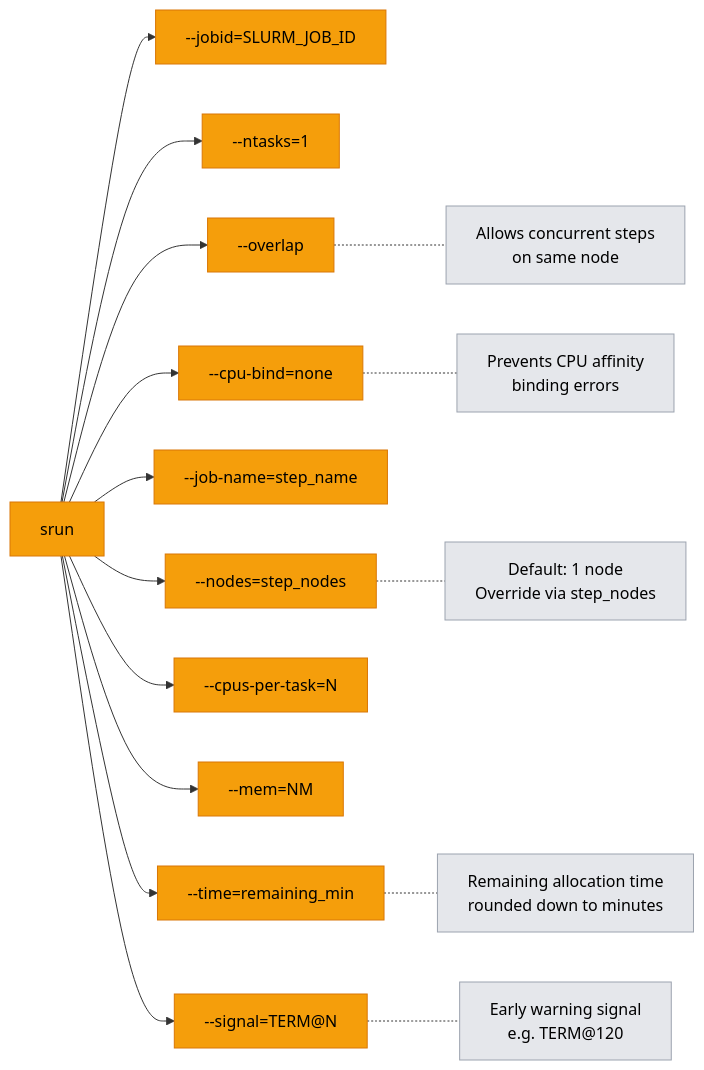
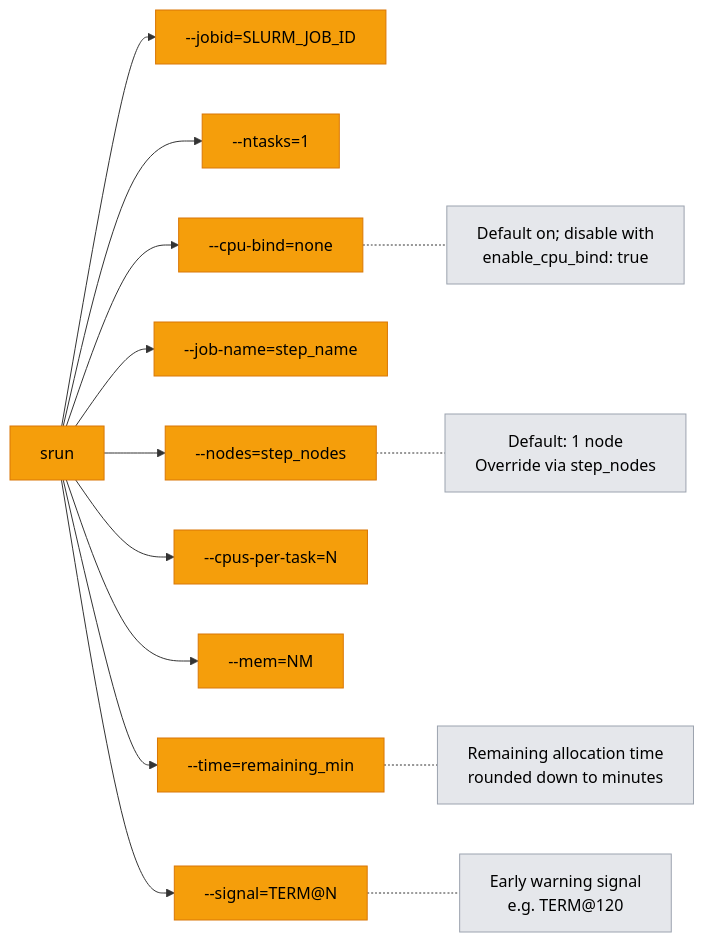
Before and after one commit to NatLabRockies/torc: the second of 6 diagrams in docs/src/specialized/design/srun-monitoring.md, drawn with Mermaid. The commit also changed other lines of this file and 16 other files, not shown here.

````diff
--- a/docs/src/specialized/design/srun-monitoring.md
+++ b/docs/src/specialized/design/srun-monitoring.md
@@ -66,35 +66,32 @@
 ```mermaid
 flowchart LR
     classDef flag fill:#f59e0b,color:#000,stroke:#d97706
     classDef note fill:#e5e7eb,color:#000,stroke:#9ca3af
 
     SRUN[srun]:::flag
     JOBID["--jobid=SLURM_JOB_ID"]:::flag
     NT["--ntasks=1"]:::flag
-    OV["--overlap"]:::flag
     CB["--cpu-bind=none"]:::flag
     JN["--job-name=step_name"]:::flag
     ND["--nodes=step_nodes"]:::flag
     CPU["--cpus-per-task=N"]:::flag
     MEM["--mem=NM"]:::flag
     TIME["--time=remaining_min"]:::flag
     SIG["--signal=TERM@N"]:::flag
 
     SRUN --> JOBID
     SRUN --> NT
-    SRUN --> OV
     SRUN --> CB
     SRUN --> JN
     SRUN --> ND
 
     ND -.- N1["Default: 1 node<br/>Override via step_nodes"]:::note
-    OV -.- N2["Allows concurrent steps<br/>on same node"]:::note
-    CB -.- N3["Prevents CPU affinity<br/>binding errors"]:::note
+    CB -.- N2["Default on; disable with<br/>enable_cpu_bind: true"]:::note
     TIME -.- N4["Remaining allocation time<br/>rounded down to minutes"]:::note
     SIG -.- N5["Early warning signal<br/>e.g. TERM@120"]:::note
 
     SRUN --> CPU
     SRUN --> MEM
     SRUN --> TIME
     SRUN --> SIG
 ```
````
